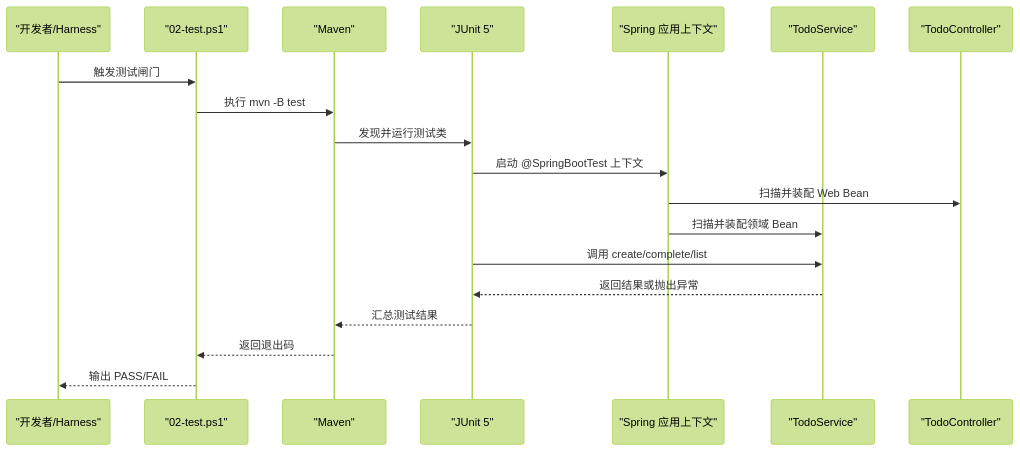
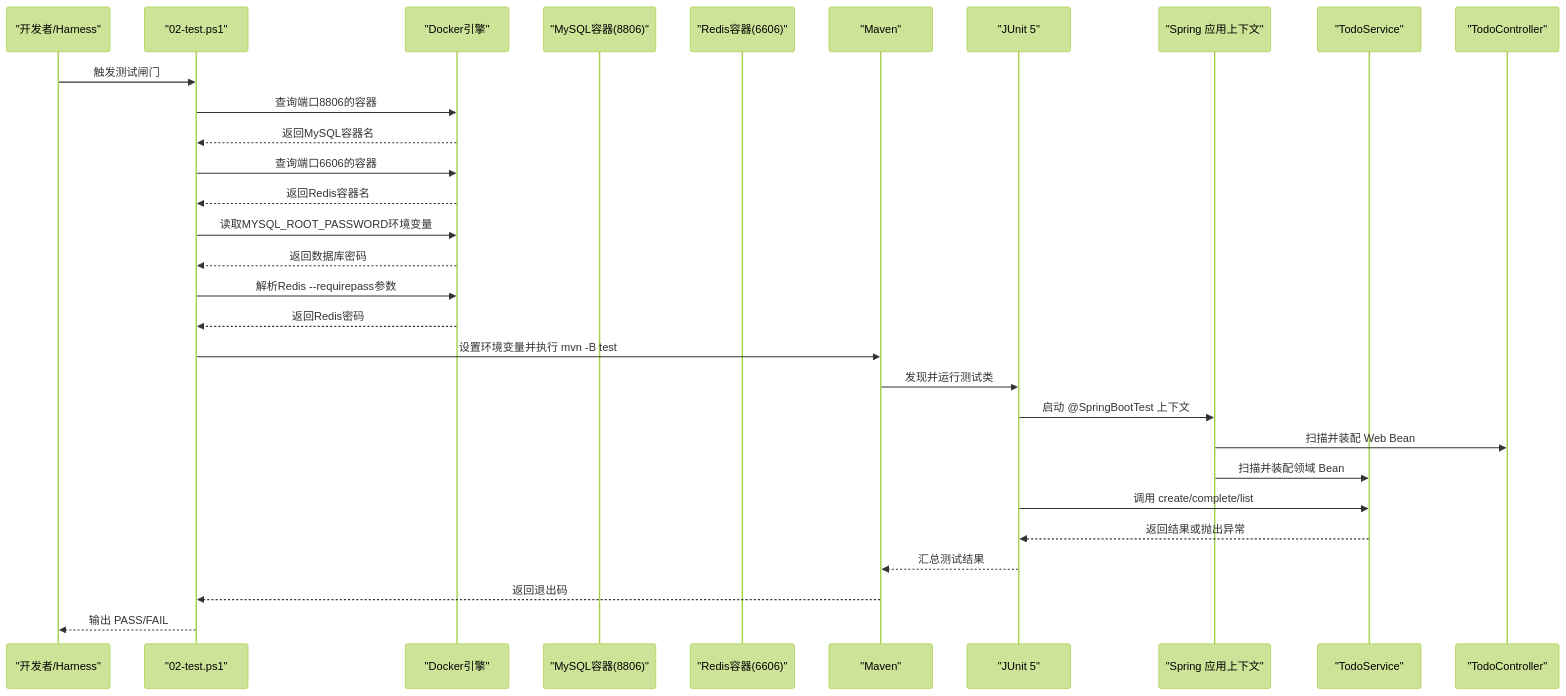
The second of 6 diagrams in .qoder/repowiki/zh/content/自动化验证/测试检查.md (luyitiger6/my-first-project), drawn with Mermaid (forest theme) before and after one commit. The commit also changed other lines of this file and 42 other files, not shown here.

````diff
--- a/.qoder/repowiki/zh/content/自动化验证/测试检查.md
+++ b/.qoder/repowiki/zh/content/自动化验证/测试检查.md
@@ -100,21 +124,32 @@
 ```mermaid
 sequenceDiagram
 participant Dev as "开发者/Harness"
 participant Gate as "02-test.ps1"
+participant Docker as "Docker引擎"
+participant MySQL as "MySQL容器(8806)"
+participant Redis as "Redis容器(6606)"
 participant Maven as "Maven"
 participant JUnit as "JUnit 5"
 participant App as "Spring 应用上下文"
 participant Service as "TodoService"
 participant Controller as "TodoController"
 Dev->>Gate : 触发测试闸门
-Gate->>Maven : 执行 mvn -B test
+Gate->>Docker : 查询端口8806的容器
+Docker-->>Gate : 返回MySQL容器名
+Gate->>Docker : 查询端口6606的容器
+Docker-->>Gate : 返回Redis容器名
+Gate->>Docker : 读取MYSQL_ROOT_PASSWORD环境变量
+Docker-->>Gate : 返回数据库密码
+Gate->>Docker : 解析Redis --requirepass参数
+Docker-->>Gate : 返回Redis密码
+Gate->>Maven : 设置环境变量并执行 mvn -B test
 Maven->>JUnit : 发现并运行测试类
 JUnit->>App : 启动 @SpringBootTest 上下文
 App->>Controller : 扫描并装配 Web Bean
 App->>Service : 扫描并装配领域 Bean
 JUnit->>Service : 调用 create/complete/list
 Service-->>JUnit : 返回结果或抛出异常
 JUnit-->>Maven : 汇总测试结果
 Maven-->>Gate : 返回退出码
 Gate-->>Dev : 输出 PASS/FAIL
 ```
````
